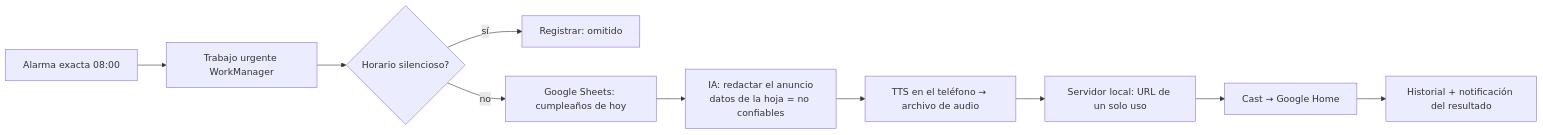
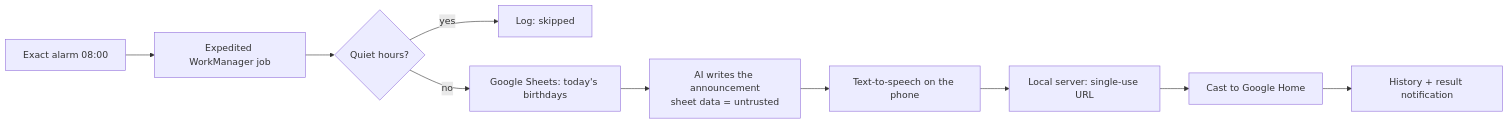
Before and after one commit to Ataraxiainc2/ISSASPEAKER: the diagram in docs/PLAN.md, drawn with Mermaid. The commit also changed other lines of this file and 24 other files, not shown here.

````diff
--- a/docs/PLAN.md
+++ b/docs/PLAN.md
@@ -74,12 +74,12 @@
 ```mermaid
 flowchart LR
-    A[Alarma exacta 08:00] --> B[Trabajo urgente WorkManager]
-    B --> C{Horario silencioso?}
-    C -- sí --> Z[Registrar: omitido]
-    C -- no --> D[Google Sheets: cumpleaños de hoy]
-    D --> E[IA: redactar el anuncio<br/>datos de la hoja = no confiables]
-    E --> F[TTS en el teléfono → archivo de audio]
-    F --> G[Servidor local: URL de un solo uso]
-    G --> H[Cast → Google Home]
-    H --> I[Historial + notificación del resultado]
+    A[Exact alarm 08:00] --> B[Expedited WorkManager job]
+    B --> C{Quiet hours?}
+    C -- yes --> Z[Log: skipped]
+    C -- no --> D[Google Sheets: today's birthdays]
+    D --> E[AI writes the announcement<br/>sheet data = untrusted]
+    E --> F[Text-to-speech on the phone]
+    F --> G[Local server: single-use URL]
+    G --> H[Cast to Google Home]
+    H --> I[History + result notification]
 ```
````
